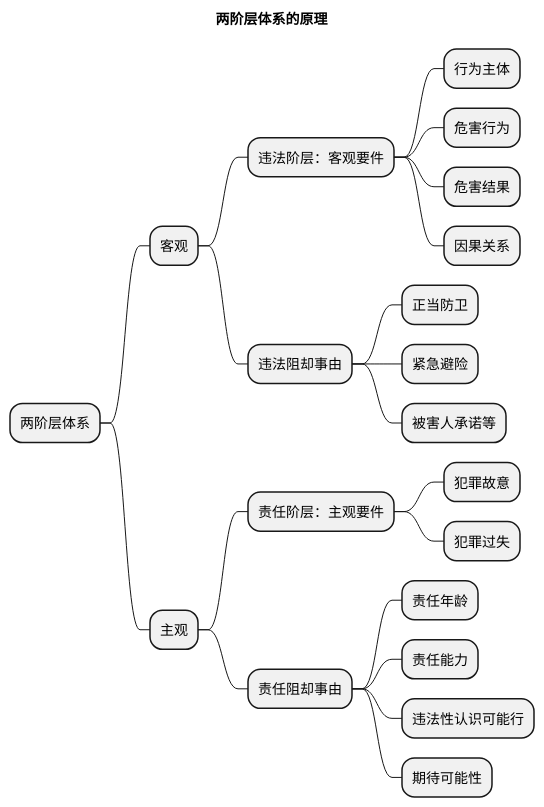
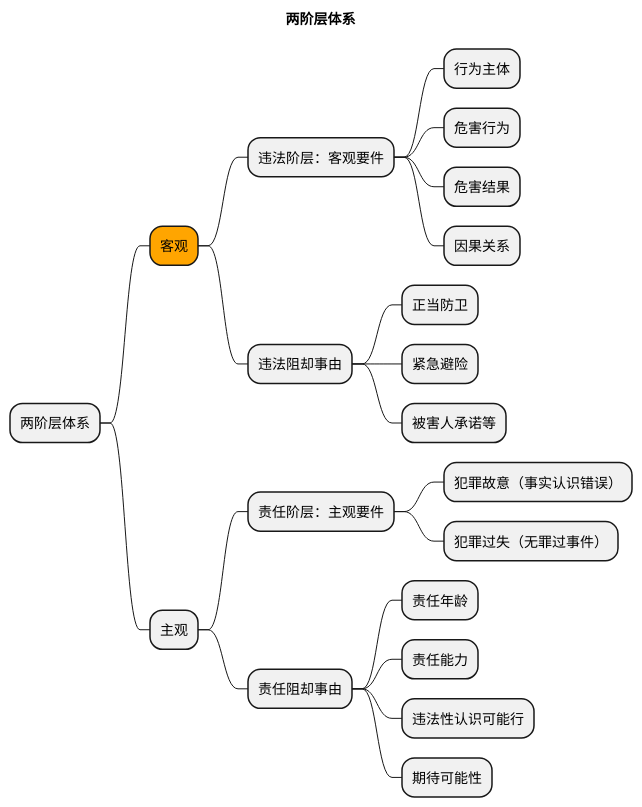
One commit to lsieun/lsieun.github.io changed the diagram in _law/penal-code/general/两阶层体系.puml. Above: the diagram before and after it, drawn with PlantUML. The commit also changed 20 other files, not shown here.

Commit message:
before plantuml

```diff
--- a/_law/penal-code/general/两阶层体系.puml
+++ b/_law/penal-code/general/两阶层体系.puml
@@ -1,26 +1,26 @@
 @startmindmap
 
-title 两阶层体系的原理
+title 两阶层体系
 
 * 两阶层体系
-** 客观
-*** 违法阶层：客观要件
-**** 行为主体
-**** 危害行为
-**** 危害结果
-**** 因果关系
-*** 违法阻却事由
-**** 正当防卫
-**** 紧急避险
-**** 被害人承诺等
-** 主观
-*** 责任阶层：主观要件
-**** 犯罪故意
-**** 犯罪过失
-*** 责任阻却事由
-**** 责任年龄
-**** 责任能力
-**** 违法性认识可能行
-**** 期待可能性
+    *[#Orange] 客观
+        * 违法阶层：客观要件
+            * 行为主体
+            * 危害行为
+            * 危害结果
+            * 因果关系
+        * 违法阻却事由
+            * 正当防卫
+            * 紧急避险
+            * 被害人承诺等
+    * 主观
+        * 责任阶层：主观要件
+            * 犯罪故意（事实认识错误）
+            * 犯罪过失（无罪过事件）
+        * 责任阻却事由
+            * 责任年龄
+            * 责任能力
+            * 违法性认识可能行
+            * 期待可能性
 
 @endmindmap
```
